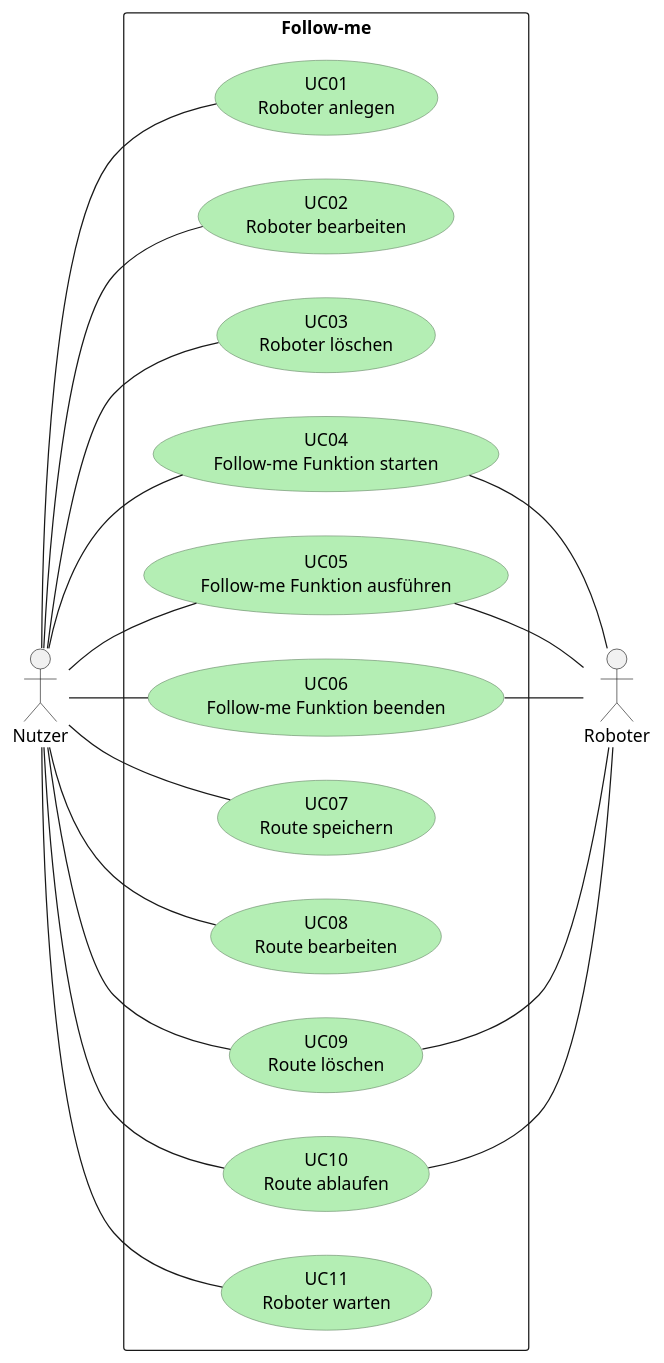
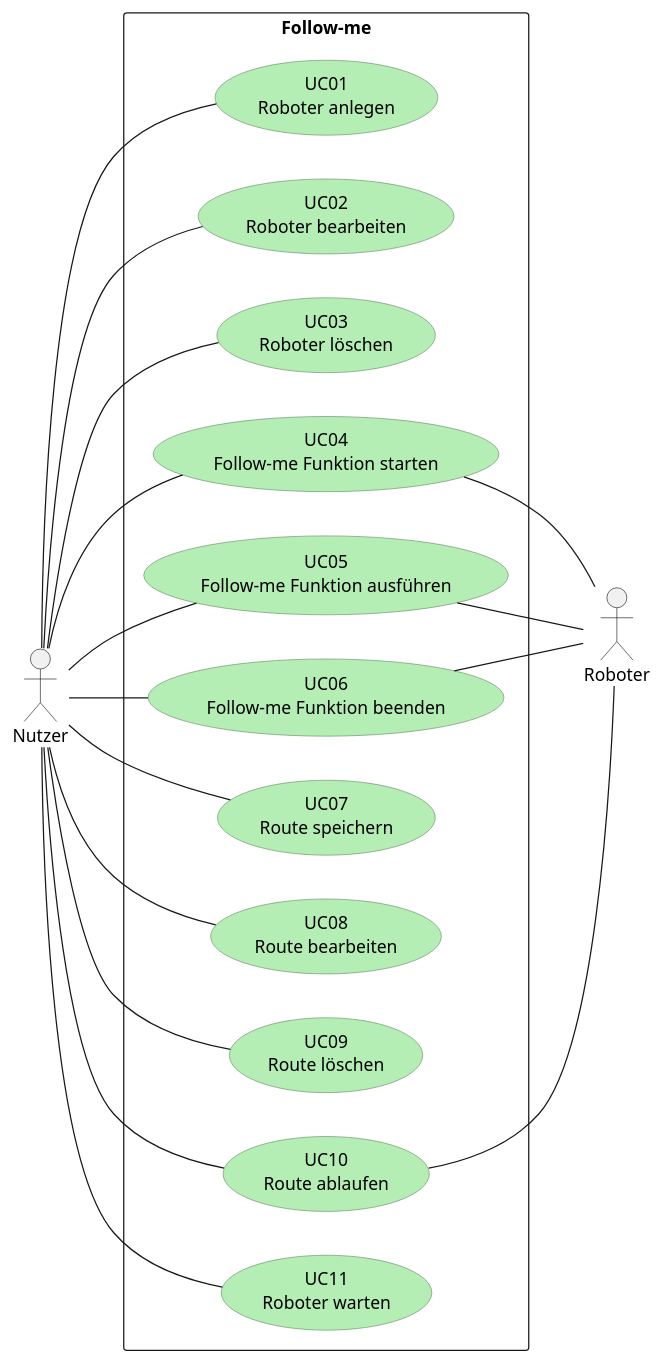
One commit to SE-I1-Follow-Me/SE-Projekt-I1 changed the diagram in docs/requirements/Follow-me Use Case model.puml. Above: the diagram before and after it, drawn with PlantUML.

Commit message:
angepasst

```diff
--- a/docs/requirements/Follow-me Use Case model.puml
+++ b/docs/requirements/Follow-me Use Case model.puml
@@ -1,53 +1,52 @@
 @startuml example-usecase-diagram
 left to right direction
 
 ' skin parameters for usecase with special stereotype
 skinparam usecase<<unspezifiziert>> {
   BackgroundColor #B4EEB4
   BorderColor 		#698b69
   StereotypeFontColor #black
   StereotypeFontSize 10
 }
 
 
 actor Nutzer
 actor Roboter
 
 rectangle "Follow-me" {
   usecase "UC01\nRoboter anlegen" as uc01 #B4EEB4;line:698b69
   usecase "UC02\nRoboter bearbeiten" as uc02 #B4EEB4;line:698b69
   usecase "UC03\nRoboter löschen" as uc03 #B4EEB4;line:698b69
   usecase "UC04\nFollow-me Funktion starten" as uc04 #B4EEB4;line:698b69
    usecase "UC05\nFollow-me Funktion ausführen" as uc05 #B4EEB4;line:698b69
   usecase "UC06\nFollow-me Funktion beenden"  as uc06 #B4EEB4;line:698b69
   usecase "UC07\nRoute speichern" as uc07 #B4EEB4;line:698b69
   usecase "UC08\nRoute bearbeiten"  as uc08 #B4EEB4;line:698b69
   usecase "UC09\nRoute löschen" as uc09 #B4EEB4;line:698b69
   usecase "UC10\nRoute ablaufen"  as uc10 #B4EEB4;line:698b69
   usecase "UC11\nRoboter warten"  as uc11 #B4EEB4;line:698b69
 
 
 
   ' single line:
   'usecase "UC05\nAnmeldedaten erfassen" as uc05
   ' multiple lines:
 
 }
 
 Nutzer -- uc01
 Nutzer -- uc02
 Nutzer -- uc03
 Nutzer -- uc04
 Nutzer -- uc05
 Nutzer -- uc06
 Nutzer -- uc07
 Nutzer -- uc08
 Nutzer -- uc09
 Nutzer -- uc10
 Nutzer -- uc11
 uc04 -- Roboter
 uc05 -- Roboter
 uc06 -- Roboter
 uc10 -- Roboter
-uc09 -- Roboter 
 @enduml
```
